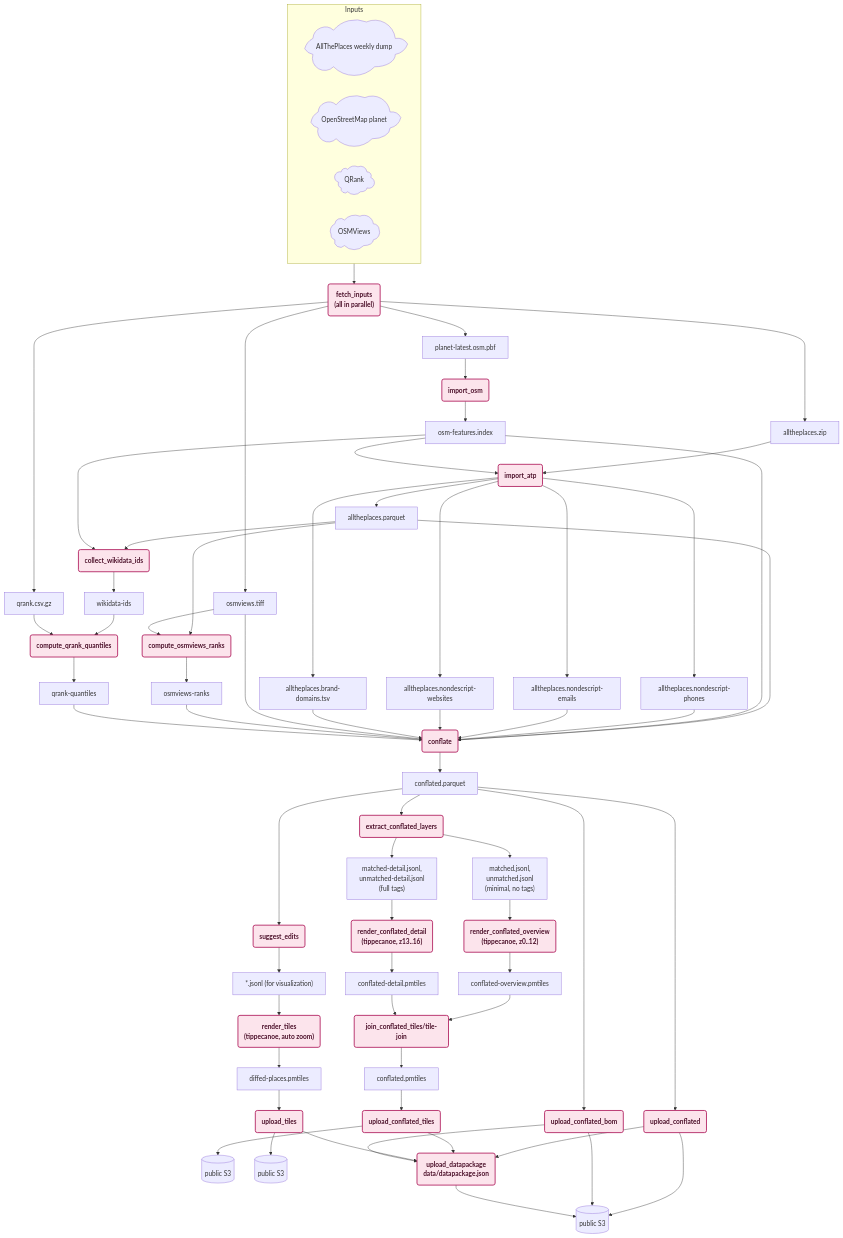
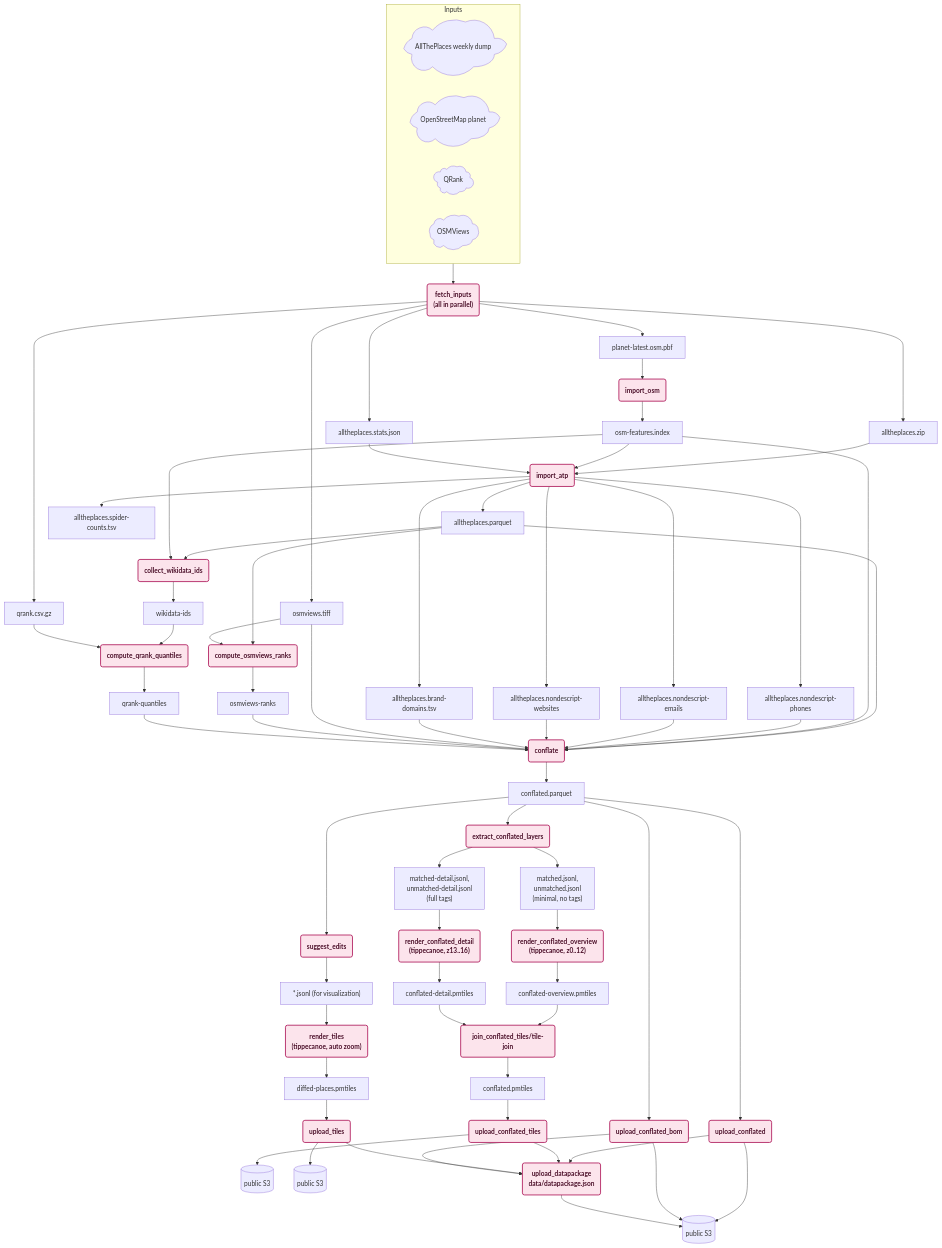
One commit to brawer/osmdiffs changed the diagram in docs/TECHNICAL_DESIGN.md. Above: the diagram before and after it, drawn with Mermaid. The commit also changed other lines of this file and 8 other files, not shown here.

First line of the commit message:
feat(atp): Count what happens to each spider's features (#927)

````diff
--- a/docs/TECHNICAL_DESIGN.md
+++ b/docs/TECHNICAL_DESIGN.md
@@ -177,73 +177,76 @@
 ```mermaid
 graph TD
     ATP_SRC@{ shape: cloud, label: "AllThePlaces weekly dump" }
     OSM_SRC@{ shape: cloud, label: "OpenStreetMap planet" }
     QRANK_SRC@{ shape: cloud, label: "QRank" }
     OSMVIEWS_SRC@{ shape: cloud, label: "OSMViews" }
 
     subgraph INPUTS [Inputs]
         ATP_SRC
         OSM_SRC
         QRANK_SRC
         OSMVIEWS_SRC
     end
     INPUTS --> FETCH_INPUTS("fetch_inputs<br/>(all in parallel)")
     FETCH_INPUTS --> ATP_ZIP[alltheplaces.zip]
+    FETCH_INPUTS --> ATP_STATS[alltheplaces.stats.json]
     FETCH_INPUTS --> OSM_PBF[planet-latest.osm.pbf]
     FETCH_INPUTS --> QRANK_CSV[qrank.csv.gz]
     FETCH_INPUTS --> OSMVIEWS_TIFF[osmviews.tiff]
 
     ATP_ZIP --> IMPORT_ATP(import_atp) --> ATP_PARQUET[alltheplaces.parquet]
     OSM_INDEX --> IMPORT_ATP
     IMPORT_ATP --> NONDESCRIPT_PHONES[alltheplaces.nondescript-phones]
     IMPORT_ATP --> NONDESCRIPT_EMAILS[alltheplaces.nondescript-emails]
     IMPORT_ATP --> NONDESCRIPT_WEBSITES[alltheplaces.nondescript-websites]
     IMPORT_ATP --> BRAND_DOMAINS[alltheplaces.brand-domains.tsv]
+    ATP_STATS --> IMPORT_ATP
+    IMPORT_ATP --> SPIDER_COUNTS[alltheplaces.spider-counts.tsv]
     ATP_PARQUET --> OSMVIEWS_RANKS(compute_osmviews_ranks)
     OSMVIEWS_TIFF --> OSMVIEWS_RANKS
     OSMVIEWS_RANKS --> OSMVIEWS_R[osmviews-ranks]
 
     OSM_PBF --> IMPORT_OSM(import_osm) --> OSM_INDEX[osm-features.index]
 
     ATP_PARQUET --> COLLECT_WIKI(collect_wikidata_ids)
     OSM_INDEX --> COLLECT_WIKI
     COLLECT_WIKI --> WIKIDATA[wikidata-ids]
     WIKIDATA --> QRANK_QUANTILES(compute_qrank_quantiles)
     QRANK_CSV --> QRANK_QUANTILES
     QRANK_QUANTILES --> QRANK_Q[qrank-quantiles]
 
     ATP_PARQUET --> CONFLATE(conflate)
     OSM_INDEX --> CONFLATE
     NONDESCRIPT_PHONES --> CONFLATE
     NONDESCRIPT_EMAILS --> CONFLATE
     NONDESCRIPT_WEBSITES --> CONFLATE
     BRAND_DOMAINS --> CONFLATE
     OSMVIEWS_TIFF --> CONFLATE
     OSMVIEWS_R --> CONFLATE
     QRANK_Q --> CONFLATE
     CONFLATE --> CONFLATED[conflated.parquet]
     CONFLATED --> UPLOAD_CONFLATED(upload_conflated) --> S3A[("public S3")]
 
     CONFLATED --> EXTRACT_CONFLATED_LAYERS(extract_conflated_layers)
     EXTRACT_CONFLATED_LAYERS --> OVERVIEW_LAYERS["matched.jsonl,<br/>unmatched.jsonl<br/>(minimal, no tags)"]
     EXTRACT_CONFLATED_LAYERS --> DETAIL_LAYERS["matched-detail.jsonl,<br/>unmatched-detail.jsonl<br/>(full tags)"]
     OVERVIEW_LAYERS --> RENDER_CONFLATED_OVERVIEW("render_conflated_overview<br/>(tippecanoe, z0..12)") --> OVERVIEW_PMTILES[conflated-overview.pmtiles]
     DETAIL_LAYERS --> RENDER_CONFLATED_DETAIL("render_conflated_detail<br/>(tippecanoe, z13..16)") --> DETAIL_PMTILES[conflated-detail.pmtiles]
     OVERVIEW_PMTILES --> JOIN_CONFLATED_TILES(join_conflated_tiles/tile-join)
     DETAIL_PMTILES --> JOIN_CONFLATED_TILES
     JOIN_CONFLATED_TILES --> CONFLATED_PMTILES[conflated.pmtiles]
     CONFLATED_PMTILES --> UPLOAD_CONFLATED_TILES(upload_conflated_tiles) --> S3C[("public S3")]
 
     CONFLATED --> SUGGEST_EDITS(suggest_edits) --> LAYERS["*.jsonl (for visualization)"]
     LAYERS --> RENDER_TILES("render_tiles<br/>(tippecanoe, auto zoom)") --> PMTILES[diffed-places.pmtiles]
     PMTILES --> UPLOAD_TILES(upload_tiles) --> S3B[("public S3")]
 
     CONFLATED --> UPLOAD_BOM(upload_conflated_bom) --> S3A
     UPLOAD_CONFLATED --> UPLOAD_DATAPACKAGE
     UPLOAD_CONFLATED_TILES --> UPLOAD_DATAPACKAGE
     UPLOAD_TILES --> UPLOAD_DATAPACKAGE
     UPLOAD_BOM --> UPLOAD_DATAPACKAGE(upload_datapackage<br/>data/datapackage.json) --> S3A
 
     classDef process fill:#fce4ec,stroke:#ad1457,stroke-width:2px,color:#4a0e28,font-weight:bold;
     class FETCH_INPUTS,IMPORT_ATP,OSMVIEWS_RANKS,COLLECT_WIKI,QRANK_QUANTILES,IMPORT_OSM,CONFLATE,UPLOAD_CONFLATED,EXTRACT_CONFLATED_LAYERS,RENDER_CONFLATED_OVERVIEW,RENDER_CONFLATED_DETAIL,JOIN_CONFLATED_TILES,UPLOAD_CONFLATED_TILES,SUGGEST_EDITS,RENDER_TILES,UPLOAD_TILES,UPLOAD_BOM,UPLOAD_DATAPACKAGE process;
 ```
````
